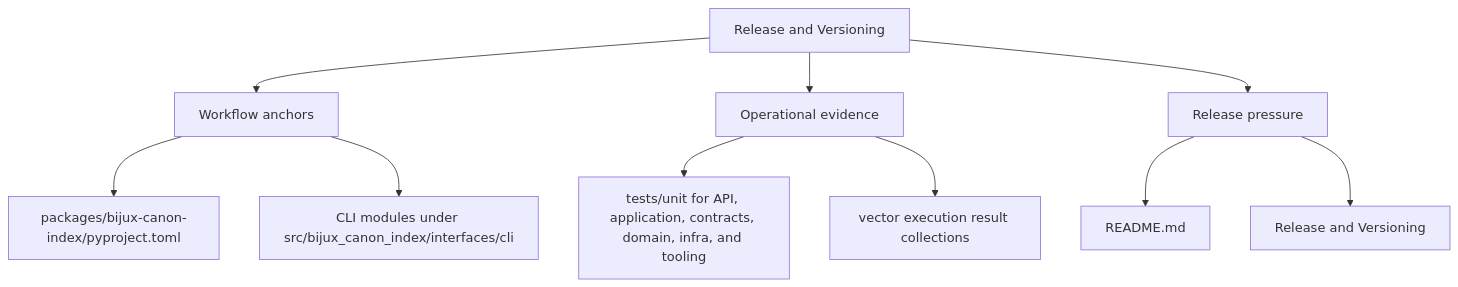
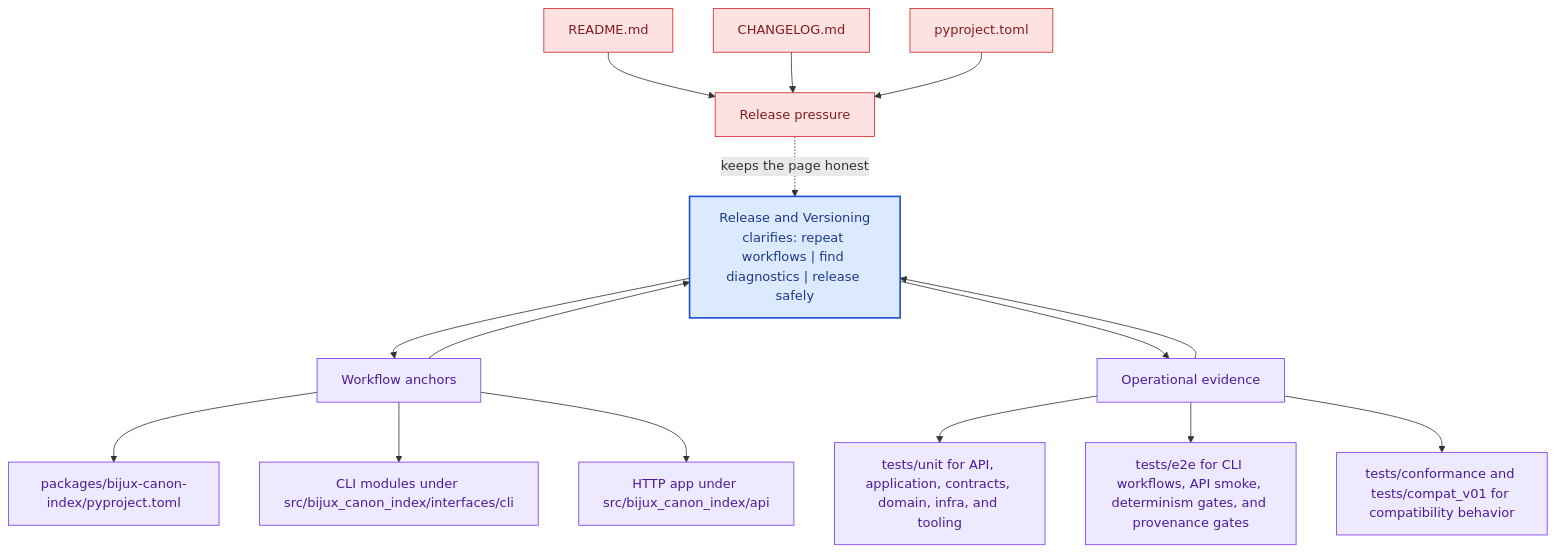
The second of 2 diagrams in docs/bijux-canon-index/operations/release-and-versioning.md (bijux/bijux-canon), drawn with Mermaid before and after one commit. The commit also changed other lines of this file and 281 other files, not shown here.

Commit message:
docs(diagrams): deepen handbook mermaid maps across the catalog

````diff
--- a/docs/bijux-canon-index/operations/release-and-versioning.md
+++ b/docs/bijux-canon-index/operations/release-and-versioning.md
@@ -35,22 +68,41 @@
 ```mermaid
-flowchart TD
-    page["Release and Versioning"]
+flowchart TB
+    promise["Release and Versioning<br/>clarifies: repeat workflows | find diagnostics | release safely"]
+    classDef promise fill:#dbeafe,stroke:#1d4ed8,color:#1e3a8a,stroke-width:2px;
+    classDef driver fill:#dcfce7,stroke:#16a34a,color:#14532d;
+    classDef constraint fill:#fee2e2,stroke:#dc2626,color:#7f1d1d;
+    classDef ground fill:#ede9fe,stroke:#7c3aed,color:#4c1d95;
     focus1["Workflow anchors"]
-    page --> focus1
+    focus1 --> promise
+    promise --> focus1
     focus1_1["packages/bijux-canon-index/pyproject.toml"]
     focus1 --> focus1_1
     focus1_2["CLI modules under src/bijux_canon_index/interfaces/cli"]
     focus1 --> focus1_2
+    focus1_3["HTTP app under src/bijux_canon_index/api"]
+    focus1 --> focus1_3
+    class focus1 ground;
+    class focus1_1,focus1_2,focus1_3 ground;
     focus2["Operational evidence"]
-    page --> focus2
+    focus2 --> promise
+    promise --> focus2
     focus2_1["tests/unit for API, application, contracts, domain, infra, and tooling"]
     focus2 --> focus2_1
-    focus2_2["vector execution result collections"]
+    focus2_2["tests/e2e for CLI workflows, API smoke, determinism gates, and provenance gates"]
     focus2 --> focus2_2
+    focus2_3["tests/conformance and tests/compat_v01 for compatibility behavior"]
+    focus2 --> focus2_3
+    class focus2 ground;
+    class focus2_1,focus2_2,focus2_3 ground;
     focus3["Release pressure"]
-    page --> focus3
+    focus3 -.keeps the page honest.-> promise
     focus3_1["README.md"]
-    focus3 --> focus3_1
-    focus3_2["Release and Versioning"]
-    focus3 --> focus3_2
+    focus3_1 --> focus3
+    focus3_2["CHANGELOG.md"]
+    focus3_2 --> focus3
+    focus3_3["pyproject.toml"]
+    focus3_3 --> focus3
+    class focus3 constraint;
+    class focus3_1,focus3_2,focus3_3 constraint;
+    class promise promise;
 ```
````
